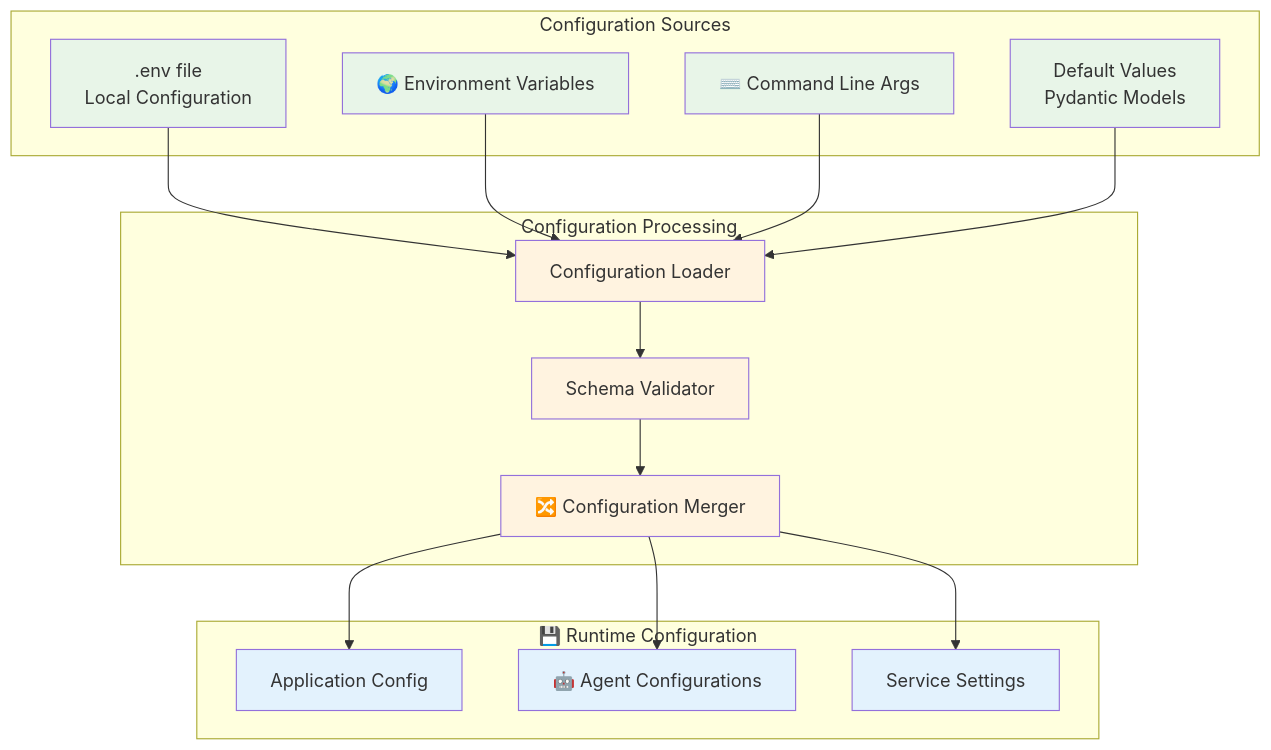
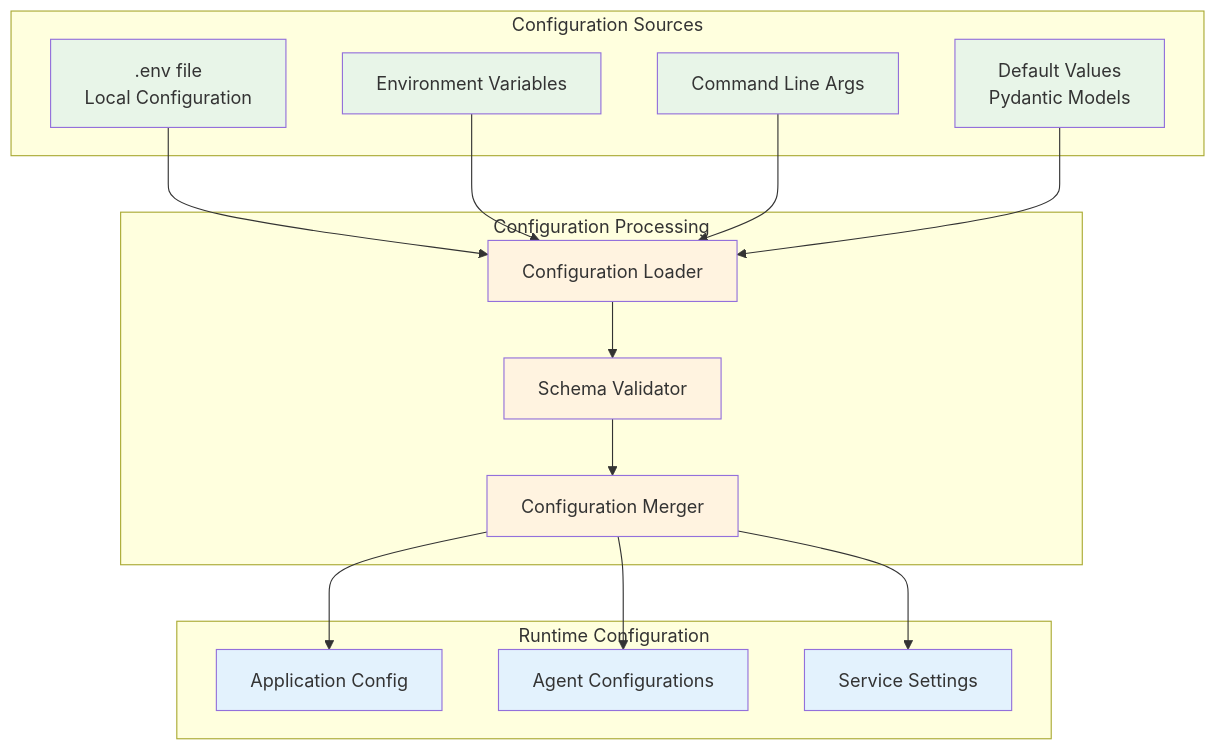
The tenth of 13 diagrams in docs/architecture/README.md (the-ingenious-dark-knight/Insight_Ingenious), drawn with Mermaid before and after one commit. The commit also changed other lines of this file and 17 other files, not shown here.

````diff
--- a/docs/architecture/README.md
+++ b/docs/architecture/README.md
@@ -538,40 +531,40 @@
 ```mermaid
 graph TB
-    subgraph " Configuration Sources"
+    subgraph "Configuration Sources"
         ENV_FILE[ .env file<br/>Local Configuration]
-        ENV_VARS[🌍 Environment Variables]
-        CLI_ARGS[⌨️ Command Line Args]
-        DEFAULTS[ Default Values<br/>Pydantic Models]
+        ENV_VARS[Environment Variables]
+        CLI_ARGS[Command Line Args]
+        DEFAULTS[Default Values<br/>Pydantic Models]
     end
 
-    subgraph " Configuration Processing"
-        LOADER[ Configuration Loader]
-        VALIDATOR[ Schema Validator]
-        MERGER[🔀 Configuration Merger]
+    subgraph "Configuration Processing"
+        LOADER[Configuration Loader]
+        VALIDATOR[Schema Validator]
+        MERGER[Configuration Merger]
     end
 
-    subgraph "💾 Runtime Configuration"
-        APP_CONFIG[ Application Config]
-        AGENT_CONFIG[🤖 Agent Configurations]
-        SERVICE_CONFIG[ Service Settings]
+    subgraph "Runtime Configuration"
+        APP_CONFIG[Application Config]
+        AGENT_CONFIG[Agent Configurations]
+        SERVICE_CONFIG[Service Settings]
     end
 
     ENV_FILE --> LOADER
     ENV_VARS --> LOADER
     CLI_ARGS --> LOADER
     DEFAULTS --> LOADER
 
     LOADER --> VALIDATOR
     VALIDATOR --> MERGER
     MERGER --> APP_CONFIG
     MERGER --> AGENT_CONFIG
     MERGER --> SERVICE_CONFIG
 
     classDef source fill:#e8f5e8
     classDef process fill:#fff3e0
     classDef runtime fill:#e3f2fd
 
     class ENV_FILE,ENV_VARS,CLI_ARGS,DEFAULTS source
     class LOADER,VALIDATOR,MERGER process
     class APP_CONFIG,AGENT_CONFIG,SERVICE_CONFIG runtime
 ```
````
